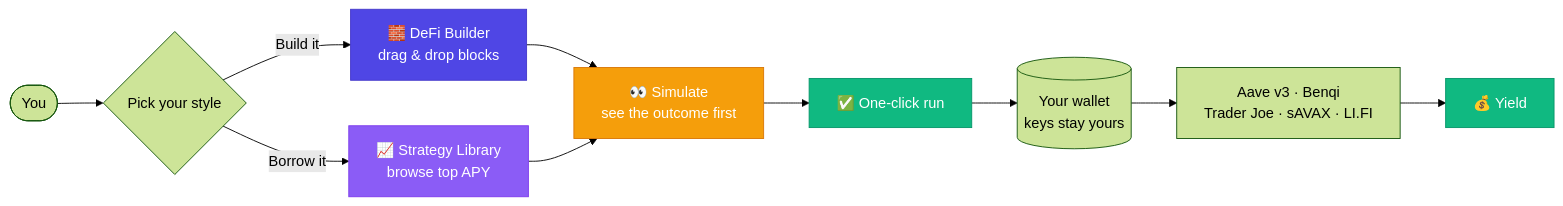
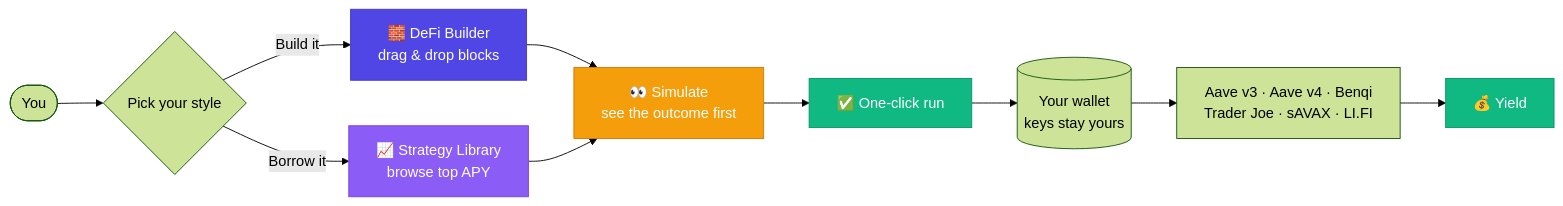
The diagram in README.md (Tizun71/OceanFin), drawn with Mermaid (forest theme) before and after one commit. The commit also changed other lines of this file, not shown here.

````diff
--- a/README.md
+++ b/README.md
@@ -23,22 +23,22 @@
 ```mermaid
 flowchart LR
     U([You]) --> A{Pick your style}
 
     A -->|Build it| B[🧱 DeFi Builder<br/>drag &amp; drop blocks]
     A -->|Borrow it| C[📈 Strategy Library<br/>browse top APY]
 
     B --> S[👀 Simulate<br/>see the outcome first]
     C --> S
 
     S --> E[✅ One-click run]
     E --> W[(Your wallet<br/>keys stay yours)]
 
-    W --> P[Aave v3 · Benqi<br/>Trader Joe · sAVAX · LI.FI]
+    W --> P[Aave v3 · Aave v4 · Benqi<br/>Trader Joe · sAVAX · LI.FI]
     P --> Y[💰 Yield]
 
     style B fill:#4f46e5,stroke:#4338ca,color:#fff
     style C fill:#8b5cf6,stroke:#7c3aed,color:#fff
     style S fill:#f59e0b,stroke:#d97706,color:#fff
     style E fill:#10b981,stroke:#059669,color:#fff
     style Y fill:#10b981,stroke:#059669,color:#fff
 ```
````
